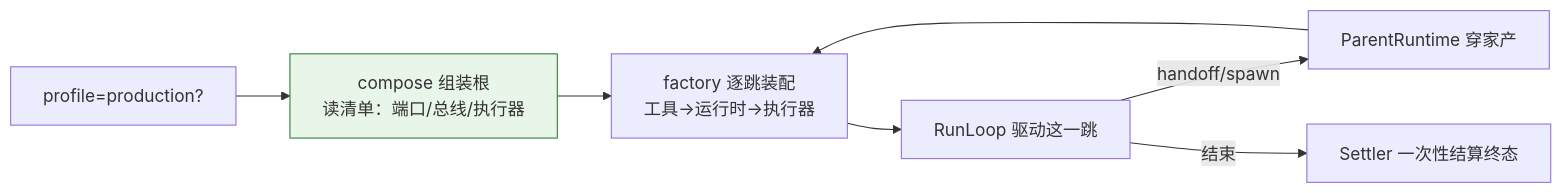
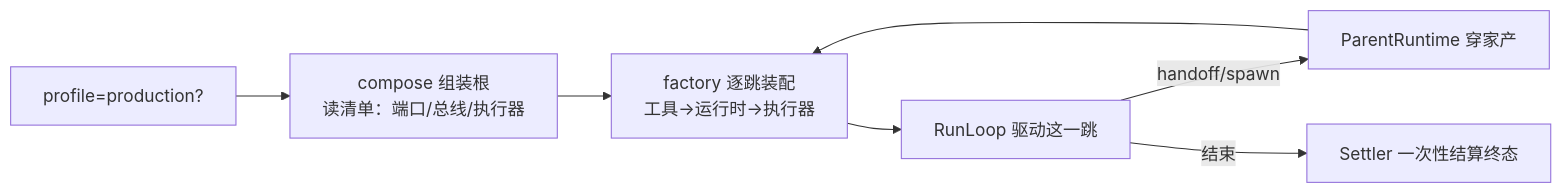
Before and after one commit to limenagent/prodagent: the second of 3 diagrams in docs/topics/foundation.md, drawn with Mermaid. The commit also changed other lines of this file and 113 other files, not shown here.

````diff
--- a/docs/topics/foundation.md
+++ b/docs/topics/foundation.md
@@ -230,10 +227,9 @@
 ```mermaid
 graph LR
     P["profile=production?"] --> C["compose 组装根<br/>读清单：端口/总线/执行器"]
     C --> F["factory 逐跳装配<br/>工具→运行时→执行器"]
     F --> R["RunLoop 驱动这一跳"]
     R -->|handoff/spawn| PR["ParentRuntime 穿家产"]
     PR --> F
     R -->|结束| S["Settler 一次性结算终态"]
-    style C fill:#e8f5e9,stroke:#2e7d32
 ```
````
